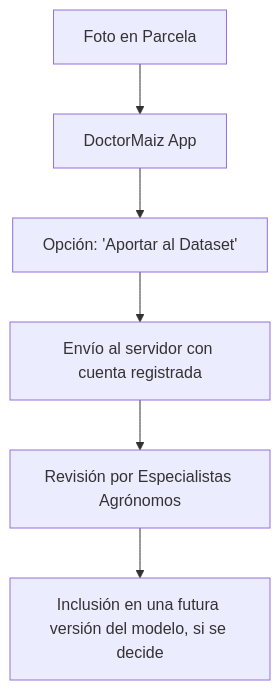
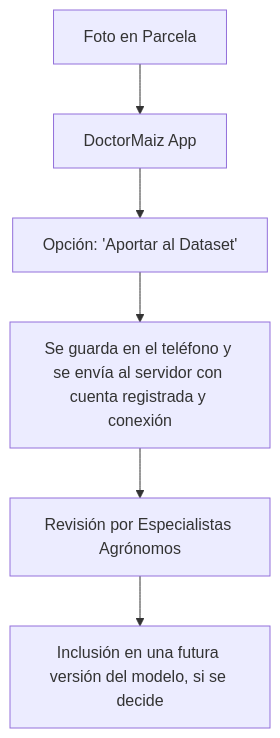
One commit to daiv05/maize-doctor-classifier changed the diagram in docs/es/app/operaciones-campo/ciencia-ciudadana.md. Above: the diagram before and after it, drawn with Mermaid. The commit also changed other lines of this file and 359 other files, not shown here.

````diff
--- a/docs/es/app/operaciones-campo/ciencia-ciudadana.md
+++ b/docs/es/app/operaciones-campo/ciencia-ciudadana.md
@@ -43,8 +37,8 @@
 ```mermaid
 graph TD
     A[Foto en Parcela] --> B[DoctorMaiz App]
     B --> C[Opción: 'Aportar al Dataset']
-    C --> D[Envío al servidor con cuenta registrada]
+    C --> D[Se guarda en el teléfono y se envía al servidor con cuenta registrada y conexión]
     D --> E[Revisión por Especialistas Agrónomos]
     E --> F[Inclusión en una futura versión del modelo, si se decide]
 ```
````
